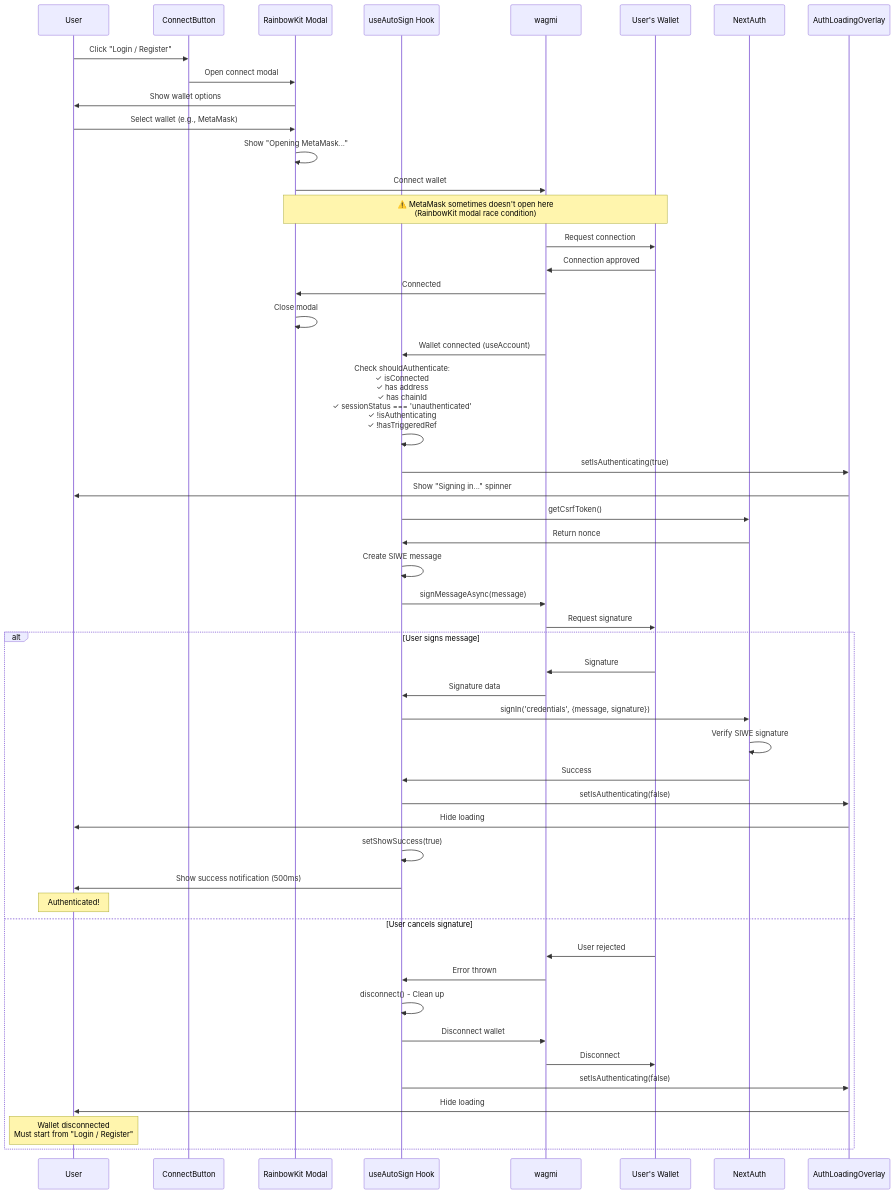
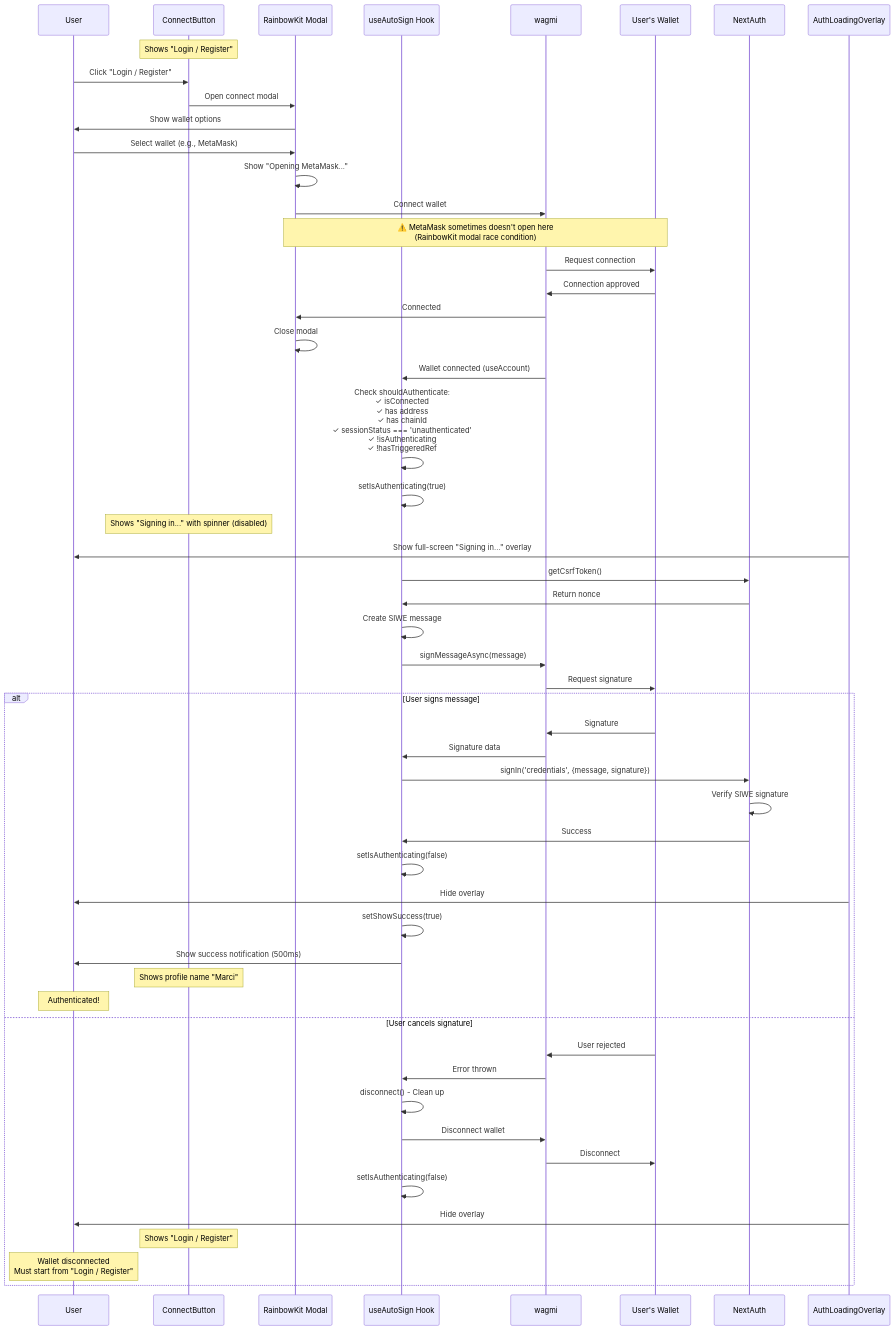
Before and after one commit to Gigentic/gigentic-escrow-minipay: the second of 3 diagrams in docs/AUTH_FLOW_V2.md, drawn with Mermaid. The commit also changed other lines of this file and 2 other files, not shown here.

Commit message:
Enhance ConnectButton to display "Signing in..." during authentication and implement AuthContext for shared authentication state across components. Refactor wallet-provider to provide authentication status.

````diff
--- a/docs/AUTH_FLOW_V2.md
+++ b/docs/AUTH_FLOW_V2.md
@@ -50,62 +58,66 @@
 ```mermaid
 sequenceDiagram
     participant User
     participant Button as ConnectButton
     participant RKModal as RainbowKit Modal
     participant AutoSign as useAutoSign Hook
     participant Wagmi as wagmi
     participant Wallet as User's Wallet
     participant NextAuth
     participant Overlay as AuthLoadingOverlay
 
+    Note over Button: Shows "Login / Register"
     User->>Button: Click "Login / Register"
     Button->>RKModal: Open connect modal
     RKModal->>User: Show wallet options
 
     User->>RKModal: Select wallet (e.g., MetaMask)
     RKModal->>RKModal: Show "Opening MetaMask..."
     RKModal->>Wagmi: Connect wallet
 
     Note over RKModal,Wallet: ⚠️ MetaMask sometimes doesn't open here<br/>(RainbowKit modal race condition)
 
     Wagmi->>Wallet: Request connection
     Wallet->>Wagmi: Connection approved
     Wagmi->>RKModal: Connected
     RKModal->>RKModal: Close modal
 
     Wagmi->>AutoSign: Wallet connected (useAccount)
 
     AutoSign->>AutoSign: Check shouldAuthenticate:<br/>✓ isConnected<br/>✓ has address<br/>✓ has chainId<br/>✓ sessionStatus === 'unauthenticated'<br/>✓ !isAuthenticating<br/>✓ !hasTriggeredRef
 
-    AutoSign->>Overlay: setIsAuthenticating(true)
-    Overlay->>User: Show "Signing in..." spinner
+    AutoSign->>AutoSign: setIsAuthenticating(true)
+    Note over Button: Shows "Signing in..." with spinner (disabled)
+    Overlay->>User: Show full-screen "Signing in..." overlay
 
     AutoSign->>NextAuth: getCsrfToken()
     NextAuth->>AutoSign: Return nonce
 
     AutoSign->>AutoSign: Create SIWE message
     AutoSign->>Wagmi: signMessageAsync(message)
     Wagmi->>Wallet: Request signature
 
     alt User signs message
         Wallet->>Wagmi: Signature
         Wagmi->>AutoSign: Signature data
         AutoSign->>NextAuth: signIn('credentials', {message, signature})
         NextAuth->>NextAuth: Verify SIWE signature
         NextAuth->>AutoSign: Success
-        AutoSign->>Overlay: setIsAuthenticating(false)
-        Overlay->>User: Hide loading
+        AutoSign->>AutoSign: setIsAuthenticating(false)
+        Overlay->>User: Hide overlay
         AutoSign->>AutoSign: setShowSuccess(true)
         AutoSign->>User: Show success notification (500ms)
+        Note over Button: Shows profile name "Marci"
         Note over User: Authenticated!
     else User cancels signature
         Wallet->>Wagmi: User rejected
         Wagmi->>AutoSign: Error thrown
         AutoSign->>AutoSign: disconnect() - Clean up
         AutoSign->>Wagmi: Disconnect wallet
         Wagmi->>Wallet: Disconnect
-        AutoSign->>Overlay: setIsAuthenticating(false)
-        Overlay->>User: Hide loading
+        AutoSign->>AutoSign: setIsAuthenticating(false)
+        Overlay->>User: Hide overlay
+        Note over Button: Shows "Login / Register"
         Note over User: Wallet disconnected<br/>Must start from "Login / Register"
     end
 ```
````
